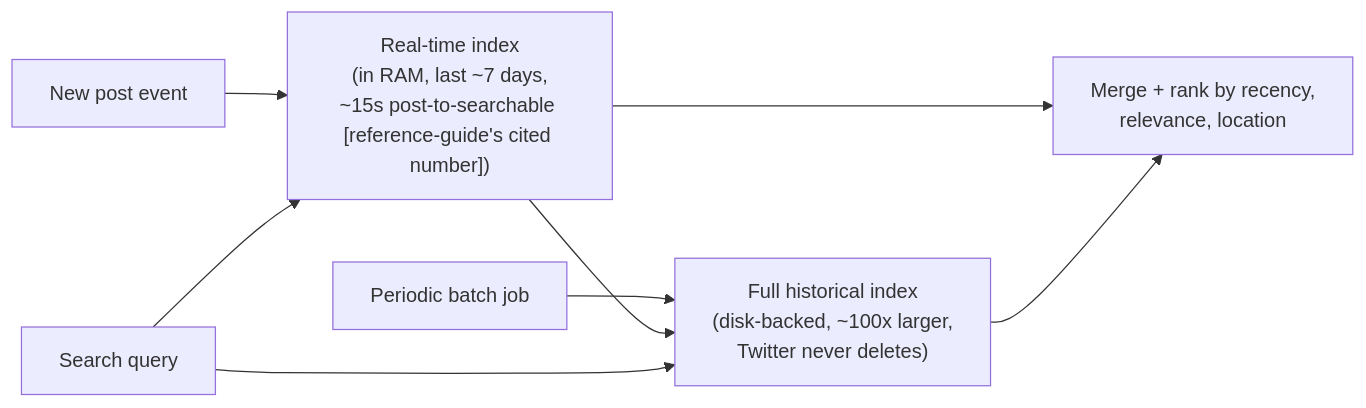
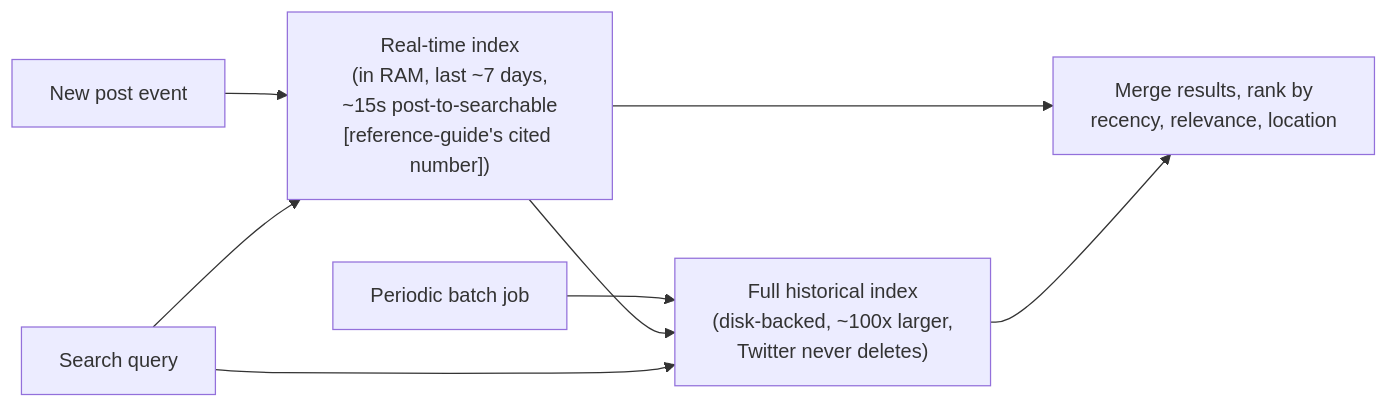
Diagram 12 of 16 in system-design/HLD/0-course/31-Design Twitter-FAANG-Guide-story.md (riyaz-pasha/Learnings), drawn with Mermaid before and after one commit. The commit also changed other lines of this file and 1 other file, not shown here.

Commit message:
[REWRITE] Design Twitter story guide: simplify prose, add structure, fix diagrams

````diff
--- a/system-design/HLD/0-course/31-Design Twitter-FAANG-Guide-story.md
+++ b/system-design/HLD/0-course/31-Design Twitter-FAANG-Guide-story.md
@@ -276,10 +512,10 @@
 ```mermaid
 flowchart LR
-    NEW["New post event"] --> RT["Real-time index\n(in RAM, last ~7 days,\n~15s post-to-searchable [reference-guide's cited number])"]
-    BATCH["Periodic batch job"] --> FULL["Full historical index\n(disk-backed, ~100x larger,\nTwitter never deletes)"]
+    NEW["New post event"] --> RT["Real-time index<br/>(in RAM, last ~7 days,<br/>~15s post-to-searchable<br/>[reference-guide's cited number])"]
+    BATCH["Periodic batch job"] --> FULL["Full historical index<br/>(disk-backed, ~100x larger,<br/>Twitter never deletes)"]
     RT --> FULL
     Q["Search query"] --> RT
     Q --> FULL
-    RT --> MERGE["Merge + rank by recency,\nrelevance, location"]
+    RT --> MERGE["Merge results, rank by<br/>recency, relevance, location"]
     FULL --> MERGE
 ```
````
